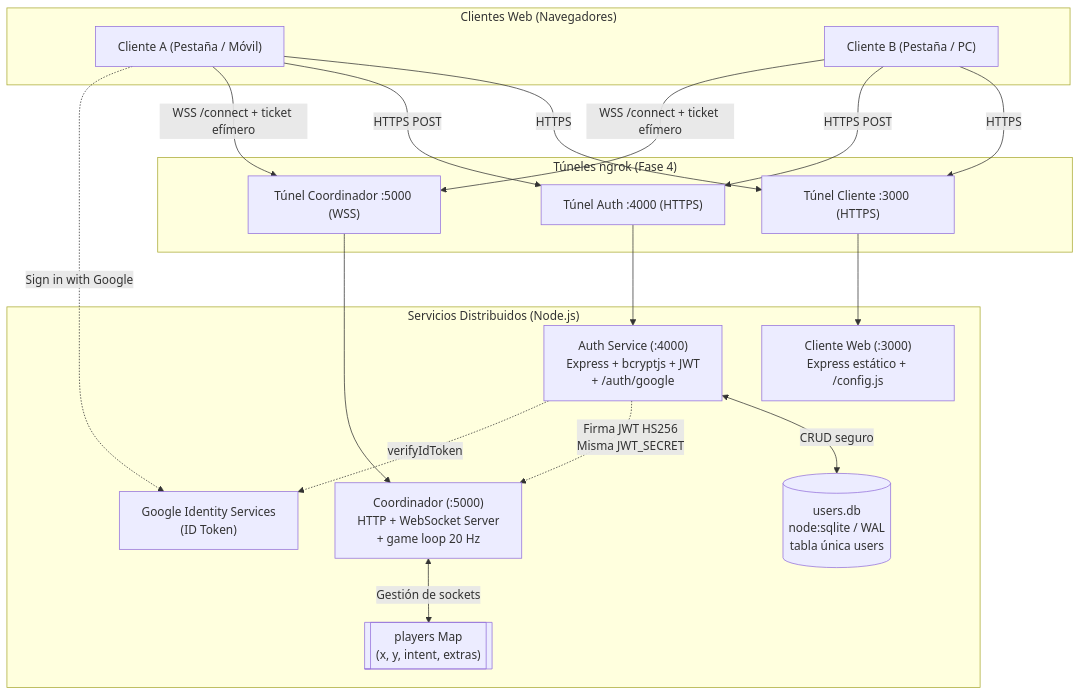
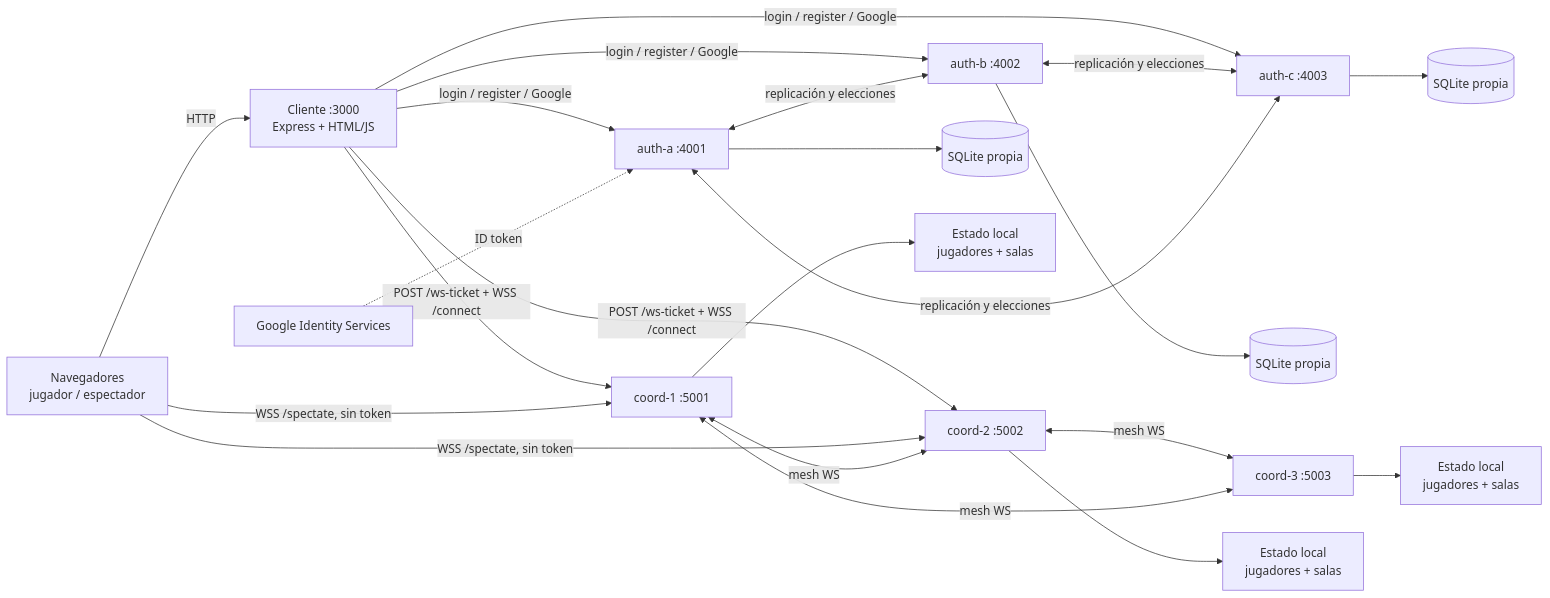
Before and after one commit to juandiegobb/SSD-CarsGame: the first of 3 diagrams in README.md, drawn with Mermaid. The commit also changed other lines of this file and 7 other files, not shown here.

````diff
--- a/README.md
+++ b/README.md
@@ -40,42 +52,24 @@
 ```mermaid
-flowchart TD
-    subgraph Clientes ["Clientes Web (Navegadores)"]
-        BrowserA["Cliente A (Pestaña / Móvil)"]
-        BrowserB["Cliente B (Pestaña / PC)"]
-    end
-
-    subgraph NgrokTunnels ["Túneles ngrok (Fase 4)"]
-        TunnelClient["Túnel Cliente :3000 (HTTPS)"]
-        TunnelAuth["Túnel Auth :4000 (HTTPS)"]
-        TunnelCoord["Túnel Coordinador :5000 (WSS)"]
-    end
-
-    subgraph Backend ["Servicios Distribuidos (Node.js)"]
-        ClientApp["Cliente Web (:3000)<br>Express estático + /config.js"]
-        AuthService["Auth Service (:4000)<br>Express + bcryptjs + JWT<br>+ /auth/google"]
-        Google["Google Identity Services<br>(ID Token)"]
-        Coordinator["Coordinador (:5000)<br>HTTP + WebSocket Server<br>+ game loop 20 Hz"]
-        DB[("users.db<br>node:sqlite / WAL<br>tabla única users")]
-        MemoryMap[["players Map<br>(x, y, intent, extras)"]]
-    end
-
-    %% Conexiones Clientes -> Túneles
-    BrowserA -->|HTTPS| TunnelClient
-    BrowserB -->|HTTPS| TunnelClient
-    BrowserA -->|HTTPS POST| TunnelAuth
-    BrowserB -->|HTTPS POST| TunnelAuth
-    BrowserA -->|WSS /connect + ticket efímero| TunnelCoord
-    BrowserB -->|WSS /connect + ticket efímero| TunnelCoord
-
-    %% Túneles -> Backend
-    TunnelClient --> ClientApp
-    TunnelAuth --> AuthService
-    TunnelCoord --> Coordinator
-
-    %% Backend interno
-    AuthService <-->|CRUD seguro| DB
-    Coordinator <-->|Gestión de sockets| MemoryMap
-    AuthService -.->|"Firma JWT HS256<br>Misma JWT_SECRET"| Coordinator
-    BrowserA -.->|Sign in with Google| Google
-    AuthService -.->|verifyIdToken| Google
+flowchart LR
+    Browser["Navegadores<br>jugador / espectador"] -->|HTTP| Client["Cliente :3000<br>Express + HTML/JS"]
+    Client -->|login / register / Google| AuthA
+    Client -->|login / register / Google| AuthB
+    Client -->|login / register / Google| AuthC
+    Client -->|POST /ws-ticket + WSS /connect| Coord1
+    Client -->|POST /ws-ticket + WSS /connect| Coord2
+    Browser -->|WSS /spectate, sin token| Coord1
+    Browser -->|WSS /spectate, sin token| Coord2
+    AuthA["auth-a :4001"] <-->|replicación y elecciones| AuthB["auth-b :4002"]
+    AuthB <-->|replicación y elecciones| AuthC["auth-c :4003"]
+    AuthC <-->|replicación y elecciones| AuthA
+    AuthA --> DBa[("SQLite propia")]
+    AuthB --> DBb[("SQLite propia")]
+    AuthC --> DBc[("SQLite propia")]
+    Coord1["coord-1 :5001"] <-->|mesh WS| Coord2["coord-2 :5002"]
+    Coord2 <-->|mesh WS| Coord3["coord-3 :5003"]
+    Coord3 <-->|mesh WS| Coord1
+    Coord1 --> State1["Estado local<br>jugadores + salas"]
+    Coord2 --> State2["Estado local<br>jugadores + salas"]
+    Coord3 --> State3["Estado local<br>jugadores + salas"]
+    Google["Google Identity Services"] -. ID token .-> AuthA
 ```
````
